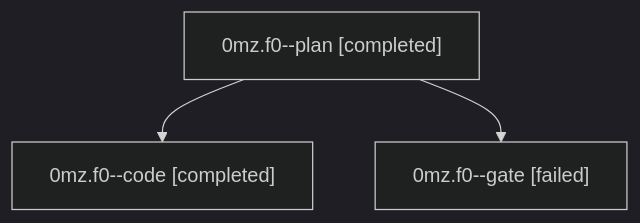
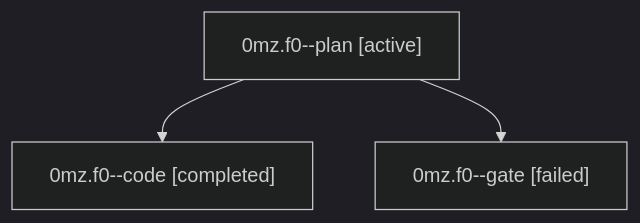
Before and after one commit to bobs-org/bob-cli--agents: the diagram in families/bbugyi200.athena.0mz.f0.md, drawn with Mermaid (dark theme). The commit also changed other lines of this file and 1279 other files, not shown here.

````diff
--- a/families/bbugyi200.athena.0mz.f0.md
+++ b/families/bbugyi200.athena.0mz.f0.md
@@ -9,8 +9,8 @@
 ```mermaid
 flowchart TD
-  n0["0mz.f0--plan [completed]"]
+  n0["0mz.f0--plan [active]"]
   n1["0mz.f0--code [completed]"]
   n0 --> n1
   n2["0mz.f0--gate [failed]"]
   n0 --> n2
 ```
````
